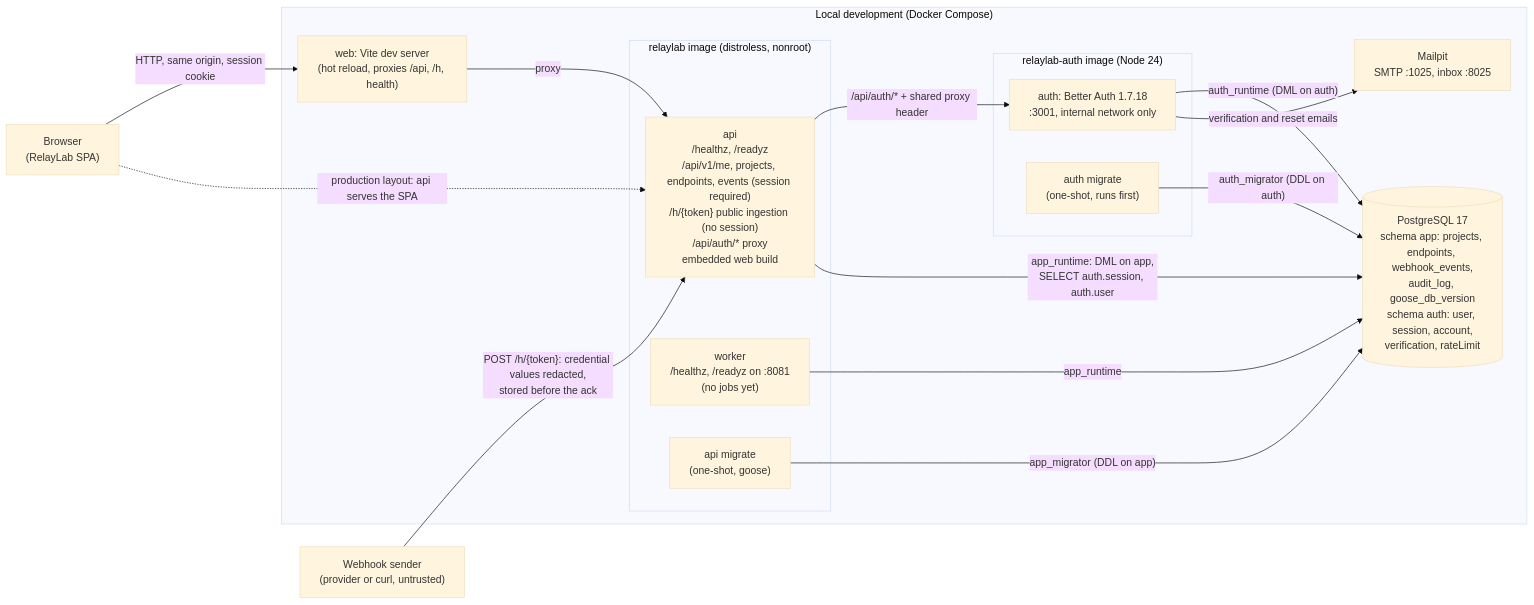
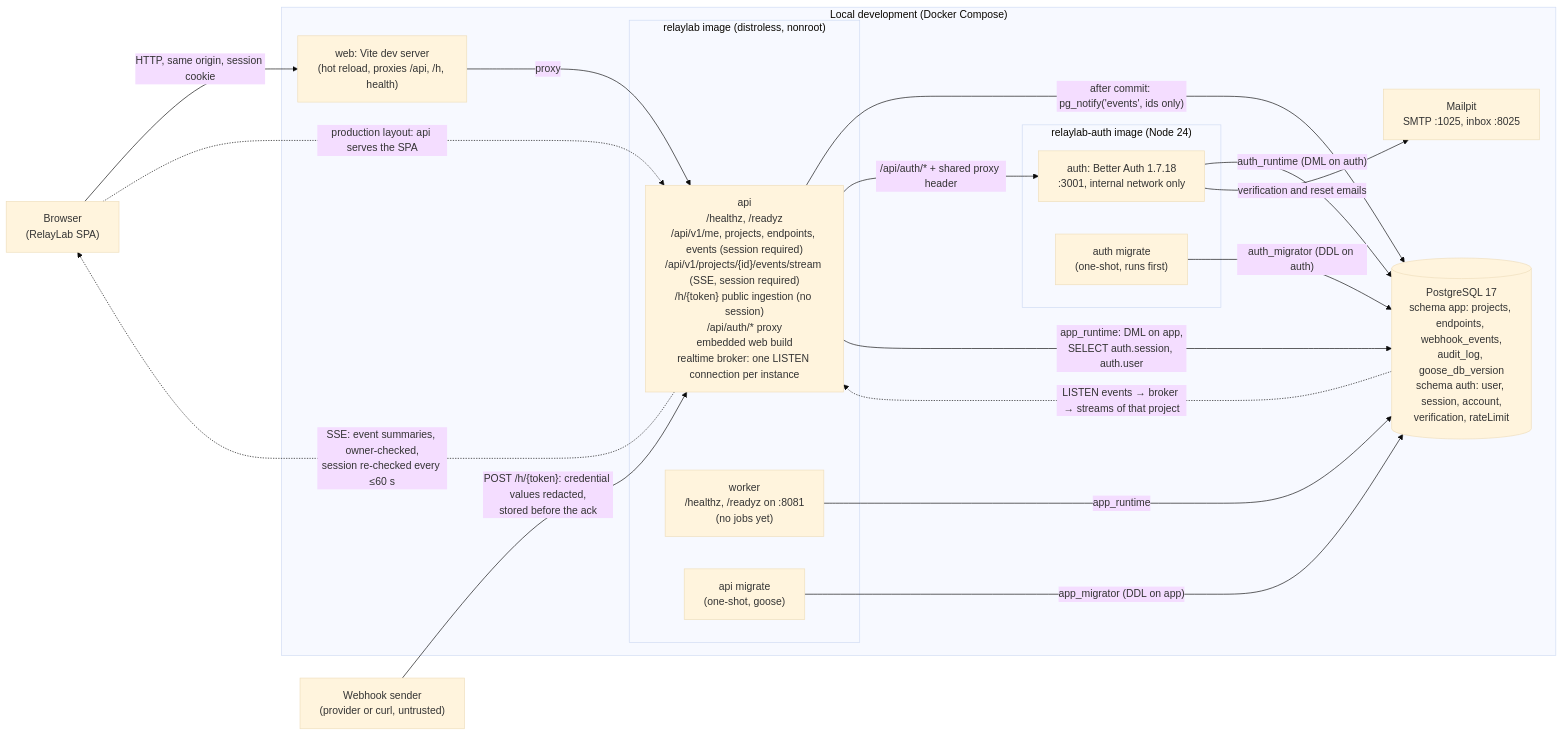
The diagram in docs/architecture/overview.md (yasineh/relaylab-app), drawn with Mermaid (base theme) before and after one commit. The commit also changed other lines of this file and 3 other files, not shown here.

Commit message:
Document the event stream contract, resume semantics, limits, and hosting timeout; add live updates to the architecture diagram (add-live-event-stream task 4.2)

````diff
--- a/docs/architecture/overview.md
+++ b/docs/architecture/overview.md
@@ -6,32 +6,35 @@
 ```mermaid
 flowchart LR
   browser["Browser<br/>(RelayLab SPA)"]
   sender["Webhook sender<br/>(provider or curl, untrusted)"]
 
   subgraph dev["Local development (Docker Compose)"]
     vite["web: Vite dev server<br/>(hot reload, proxies /api, /h, health)"]
     subgraph image["relaylab image (distroless, nonroot)"]
-      api["api<br/>/healthz, /readyz<br/>/api/v1/me, projects, endpoints, events (session required)<br/>/h/{token} public ingestion (no session)<br/>/api/auth/* proxy<br/>embedded web build"]
+      api["api<br/>/healthz, /readyz<br/>/api/v1/me, projects, endpoints, events (session required)<br/>/api/v1/projects/{id}/events/stream (SSE, session required)<br/>/h/{token} public ingestion (no session)<br/>/api/auth/* proxy<br/>embedded web build<br/>realtime broker: one LISTEN connection per instance"]
       worker["worker<br/>/healthz, /readyz on :8081<br/>(no jobs yet)"]
       migrate["api migrate<br/>(one-shot, goose)"]
     end
     subgraph authimg["relaylab-auth image (Node 24)"]
       auth["auth: Better Auth 1.7.18<br/>:3001, internal network only"]
       authmigrate["auth migrate<br/>(one-shot, runs first)"]
     end
     pg[("PostgreSQL 17<br/>schema app: projects, endpoints, webhook_events,<br/>audit_log, goose_db_version<br/>schema auth: user, session, account,<br/>verification, rateLimit")]
     mailpit["Mailpit<br/>SMTP :1025, inbox :8025"]
   end
 
   sender -->|"POST /h/{token}: credential values redacted,<br/>stored before the ack"| api
+  api -->|"after commit: pg_notify('events', ids only)"| pg
+  pg -.->|"LISTEN events → broker → streams of that project"| api
+  api -.->|"SSE: event summaries, owner-checked,<br/>session re-checked every ≤60 s"| browser
   browser -->|"HTTP, same origin, session cookie"| vite
   vite -->|"proxy"| api
   browser -.->|"production layout: api serves the SPA"| api
   api -->|"/api/auth/* + shared proxy header"| auth
   api -->|"app_runtime: DML on app,<br/>SELECT auth.session, auth.user"| pg
   worker -->|"app_runtime"| pg
   migrate -->|"app_migrator (DDL on app)"| pg
   auth -->|"auth_runtime (DML on auth)"| pg
   authmigrate -->|"auth_migrator (DDL on auth)"| pg
   auth -->|"verification and reset emails"| mailpit
 ```
````
